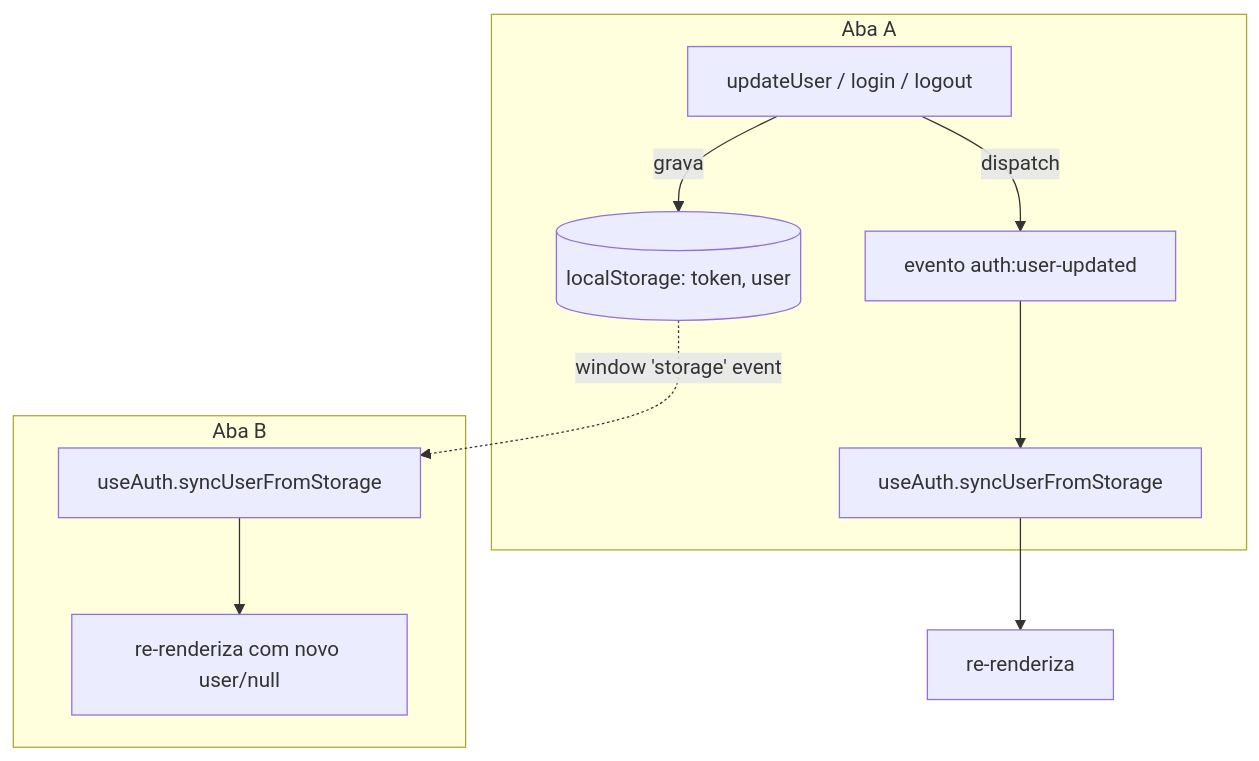
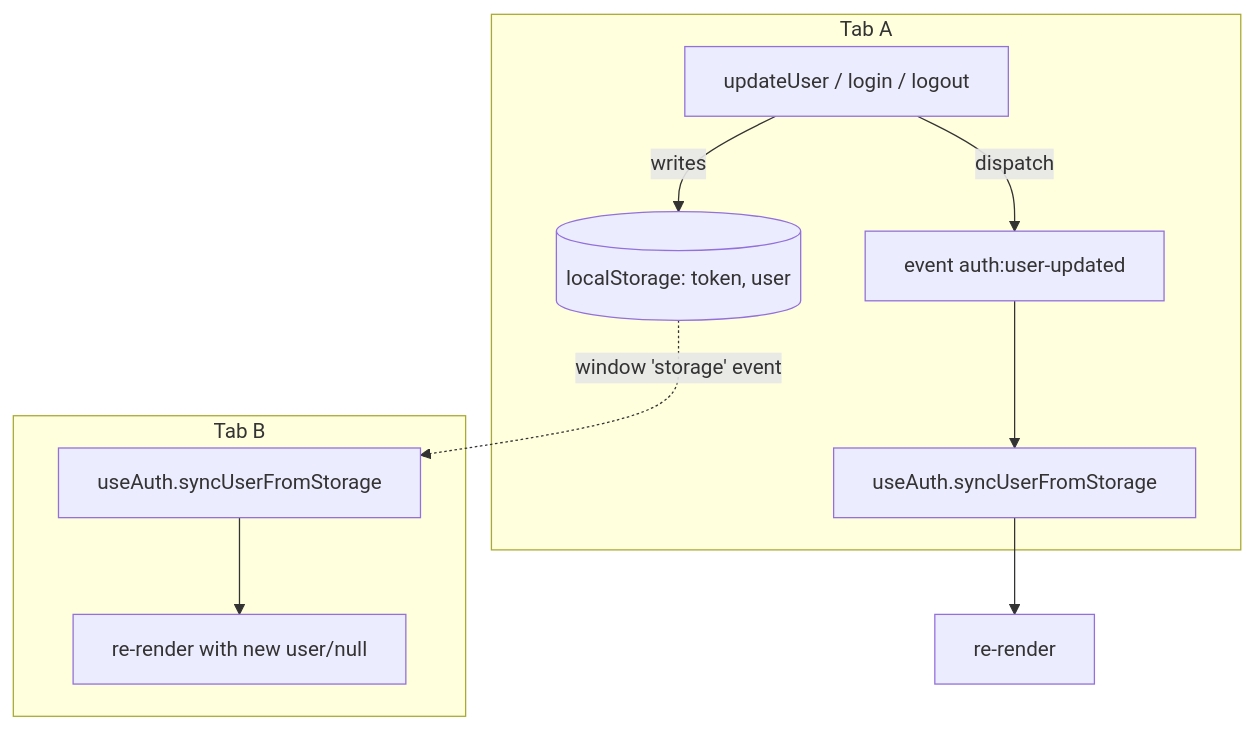
One commit to Walky-App/walky-admin changed the second of 15 diagrams in docs/workflows.md. Above: the diagram before and after it, drawn with Mermaid. The commit also changed other lines of this file and 12 other files, not shown here.

````diff
--- a/docs/workflows.md
+++ b/docs/workflows.md
@@ -126,13 +126,13 @@
 ```mermaid
 flowchart TD
-    subgraph AbaA["Aba A"]
-        A1[updateUser / login / logout] -->|grava| LS[(localStorage: token, user)]
-        A1 -->|dispatch| EV["evento auth:user-updated"]
+    subgraph TabA["Tab A"]
+        A1[updateUser / login / logout] -->|writes| LS[(localStorage: token, user)]
+        A1 -->|dispatch| EV["event auth:user-updated"]
         EV --> A2[useAuth.syncUserFromStorage]
     end
-    subgraph AbaB["Aba B"]
+    subgraph TabB["Tab B"]
         LS -.->|window 'storage' event| B1[useAuth.syncUserFromStorage]
-        B1 --> B2[re-renderiza com novo user/null]
+        B1 --> B2[re-render with new user/null]
     end
-    A2 --> A3[re-renderiza]
+    A2 --> A3[re-render]
 ```
````
